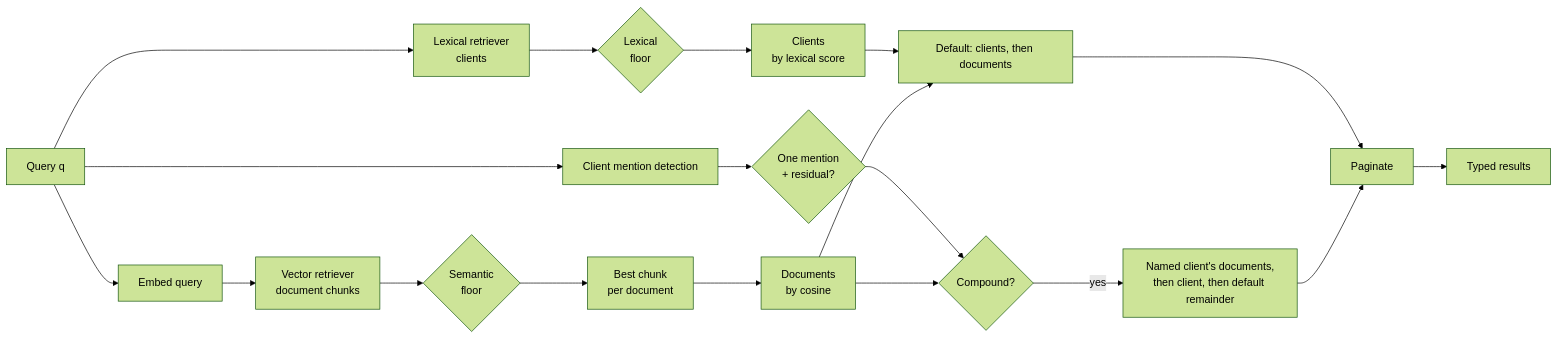
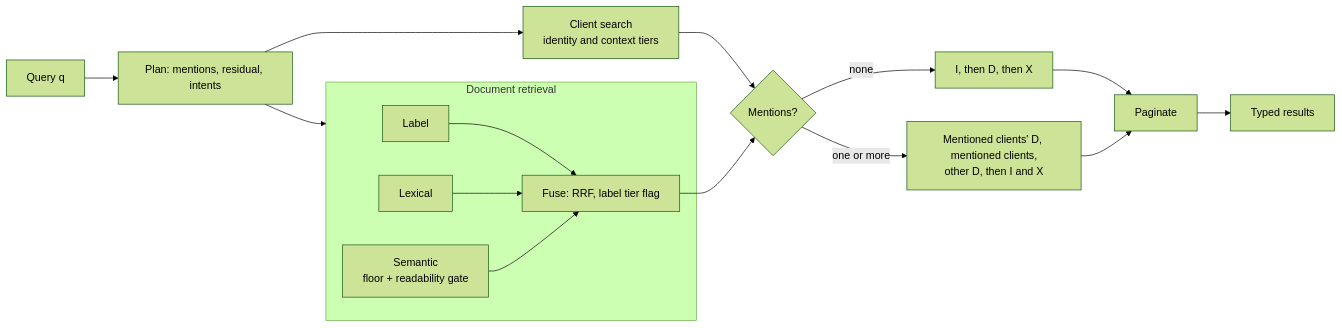
The diagram in docs/prd.md (TsybulskyStepan/unified-search), drawn with Mermaid (forest theme) before and after one commit. The commit also changed other lines of this file, not shown here.

````diff
--- a/docs/prd.md
+++ b/docs/prd.md
@@ -186,19 +227,18 @@
 ```mermaid
 flowchart LR
-    Q[Query q] --> L[Lexical retriever<br/>clients]
-    Q --> M[Client mention detection]
-    Q --> E[Embed query]
-    E --> S[Vector retriever<br/>document chunks]
-    L --> LF{Lexical<br/>floor}
-    S --> SF{Semantic<br/>floor}
-    LF --> LR[Clients<br/>by lexical score]
-    M --> MF{One mention<br/>+ residual?}
-    SF --> B[Best chunk<br/>per document] --> SR[Documents<br/>by cosine]
-    LR --> D[Default: clients, then documents]
-    SR --> D
-    MF --> C{Compound?}
-    SR --> C
-    C -->|yes| N[Named client's documents,<br/>then client, then default remainder]
-    D --> P[Paginate] --> R[Typed results]
-    N --> P
+    Q[Query q] --> P[Plan: mentions, residual, intents]
+    P --> C[Client search<br/>identity and context tiers]
+    P --> DR
+    subgraph DR[Document retrieval]
+        LB[Label] 
+        LX[Lexical]
+        SM[Semantic<br/>floor + readability gate]
+        LB & LX & SM --> FU[Fuse: RRF, label tier flag]
+    end
+    C --> O{Mentions?}
+    FU --> O
+    O -->|none| N[I, then D, then X]
+    O -->|one or more| M[Mentioned clients' D, mentioned clients,<br/>other D, then I and X]
+    N --> PG[Paginate] --> R[Typed results]
+    M --> PG
 ```
````
